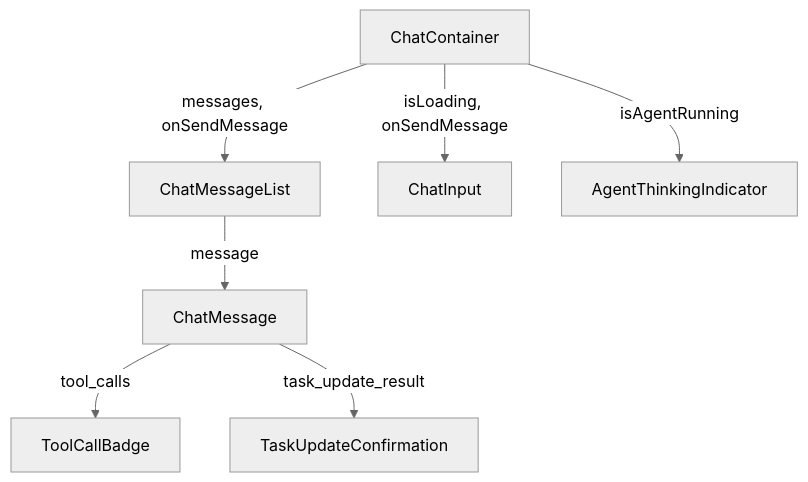
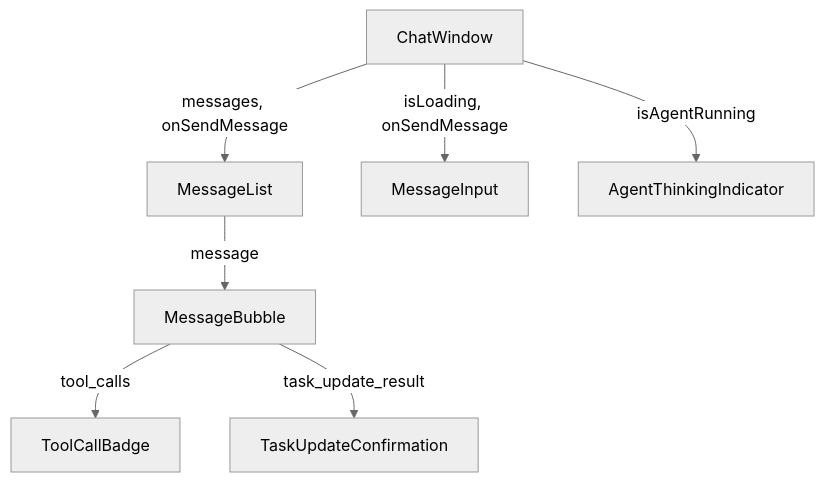
The diagram in docs/DSD/FEAT-003_redmine-task-update/DSD-002_FEAT-003_redmine-task-update.md (sumikof/personal-agent), drawn with Mermaid (neutral theme) before and after one commit. The commit also changed other lines of this file and 5 other files, not shown here.

````diff
--- a/docs/DSD/FEAT-003_redmine-task-update/DSD-002_FEAT-003_redmine-task-update.md
+++ b/docs/DSD/FEAT-003_redmine-task-update/DSD-002_FEAT-003_redmine-task-update.md
@@ -88,9 +88,9 @@
 ```mermaid
 graph TD
-    ChatContainer -->|messages, onSendMessage| ChatMessageList
-    ChatContainer -->|isLoading, onSendMessage| ChatInput
-    ChatMessageList -->|message| ChatMessage
-    ChatMessage -->|tool_calls| ToolCallBadge
-    ChatMessage -->|task_update_result| TaskUpdateConfirmation
-    ChatContainer -->|isAgentRunning| AgentThinkingIndicator
+    ChatWindow -->|messages, onSendMessage| MessageList
+    ChatWindow -->|isLoading, onSendMessage| MessageInput
+    MessageList -->|message| MessageBubble
+    MessageBubble -->|tool_calls| ToolCallBadge
+    MessageBubble -->|task_update_result| TaskUpdateConfirmation
+    ChatWindow -->|isAgentRunning| AgentThinkingIndicator
 ```
````
